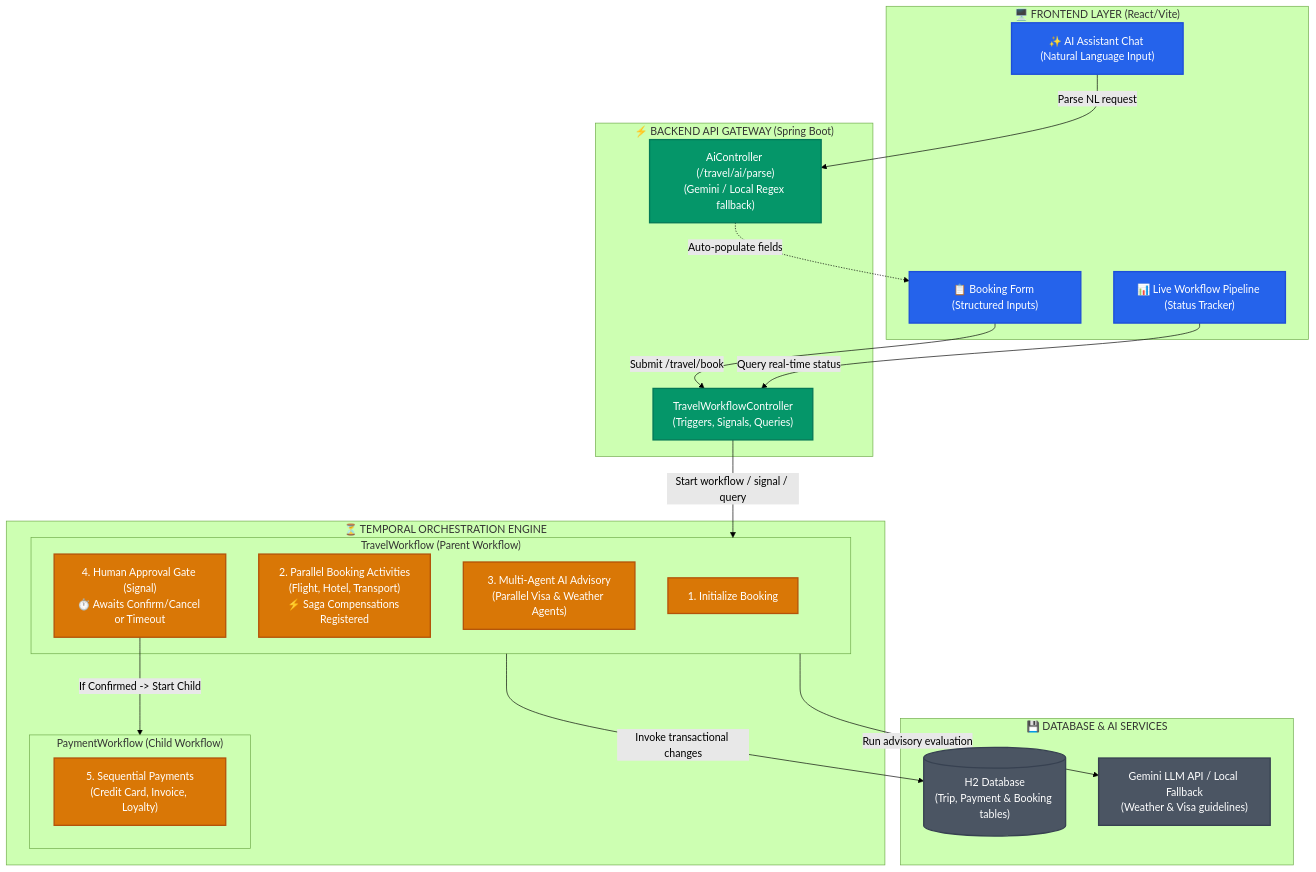
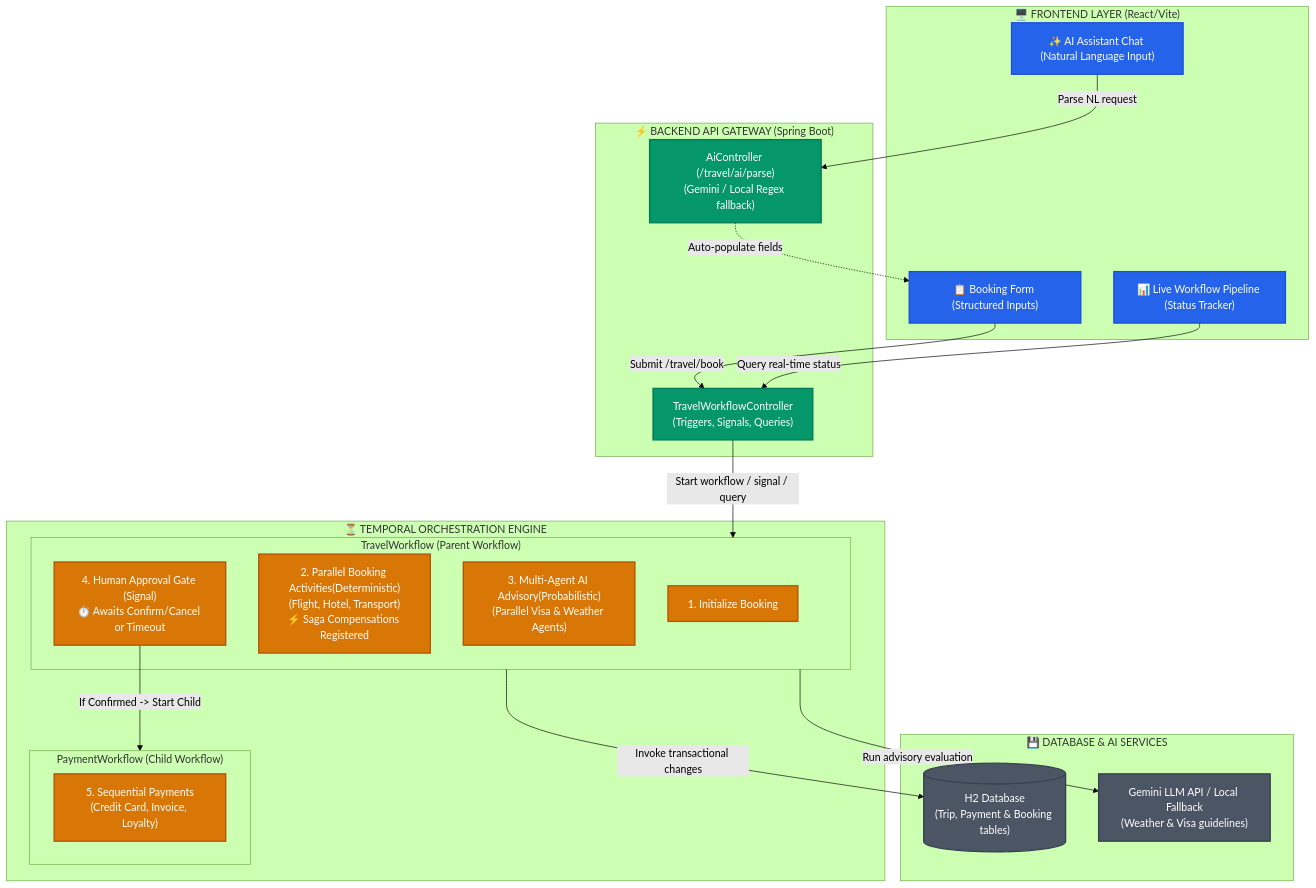
One commit to maheswardreamjob/travel-temporal changed the first of 2 diagrams in README.md. Above: the diagram before and after it, drawn with Mermaid (forest theme).

Commit message:
docs: refine README flowchart with Deterministic and Probabilistic labels

````diff
--- a/README.md
+++ b/README.md
@@ -23,51 +23,51 @@
 ```mermaid
 flowchart TD
     %% Define Styles
     classDef frontend fill:#2563eb,stroke:#1d4ed8,stroke-width:2px,color:#fff;
     classDef api fill:#059669,stroke:#047857,stroke-width:2px,color:#fff;
     classDef temporal fill:#d97706,stroke:#b45309,stroke-width:2px,color:#fff;
     classDef database fill:#4b5563,stroke:#374151,stroke-width:2px,color:#fff;
 
     subgraph UI ["🖥️ FRONTEND LAYER (React/Vite)"]
         Chat["✨ AI Assistant Chat (Natural Language Input)"]
         Form["📋 Booking Form (Structured Inputs)"]
         Tracker["📊 Live Workflow Pipeline (Status Tracker)"]
     end
     class Chat,Form,Tracker frontend;
 
     subgraph API ["⚡ BACKEND API GATEWAY (Spring Boot)"]
         Controller["TravelWorkflowController<br>(Triggers, Signals, Queries)"]
         AiParser["AiController (/travel/ai/parse)<br>(Gemini / Local Regex fallback)"]
     end
     class Controller,AiParser api;
 
     subgraph Engine ["⏳ TEMPORAL ORCHESTRATION ENGINE"]
         subgraph Parent ["TravelWorkflow (Parent Workflow)"]
             Init["1. Initialize Booking"]
-            Reserve["2. Parallel Booking Activities<br>(Flight, Hotel, Transport)<br>⚡ Saga Compensations Registered"]
-            Advisor["3. Multi-Agent AI Advisory<br>(Parallel Visa & Weather Agents)"]
+            Reserve["2. Parallel Booking Activities(Deterministic)<br>(Flight, Hotel, Transport)<br>⚡ Saga Compensations Registered"]
+            Advisor["3. Multi-Agent AI Advisory(Probabilistic)<br>(Parallel Visa & Weather Agents)"]
             HumanGate["4. Human Approval Gate (Signal)<br>⏱️ Awaits Confirm/Cancel or Timeout"]
         end
         
         subgraph Child ["PaymentWorkflow (Child Workflow)"]
             Pay["5. Sequential Payments<br>(Credit Card, Invoice, Loyalty)"]
         end
     end
     class Init,Reserve,Advisor,HumanGate,Pay,Parent,Child temporal;
 
     subgraph Storage ["💾 DATABASE & AI SERVICES"]
         DB[("H2 Database<br>(Trip, Payment & Booking tables)")]
         LLM["Gemini LLM API / Local Fallback<br>(Weather & Visa guidelines)"]
     end
     class DB,LLM database;
 
     %% Simple flow lines
     Chat -->|"Parse NL request"| AiParser
     AiParser -.->|"Auto-populate fields"| Form
     Form -->|"Submit /travel/book"| Controller
     Controller -->|"Start workflow / signal / query"| Parent
     Parent -->|"Invoke transactional changes"| DB
     Parent -->|"Run advisory evaluation"| LLM
     HumanGate -->|"If Confirmed -> Start Child"| Child
     Tracker -->|"Query real-time status"| Controller
 ```
````
